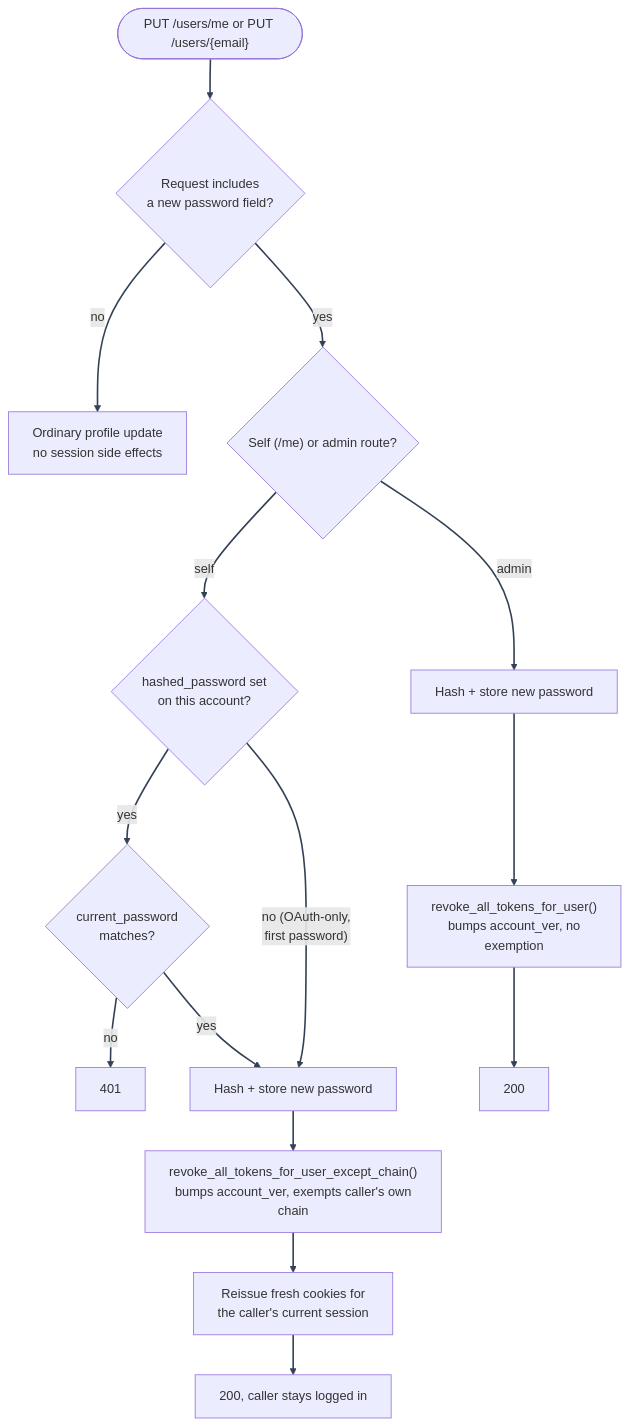
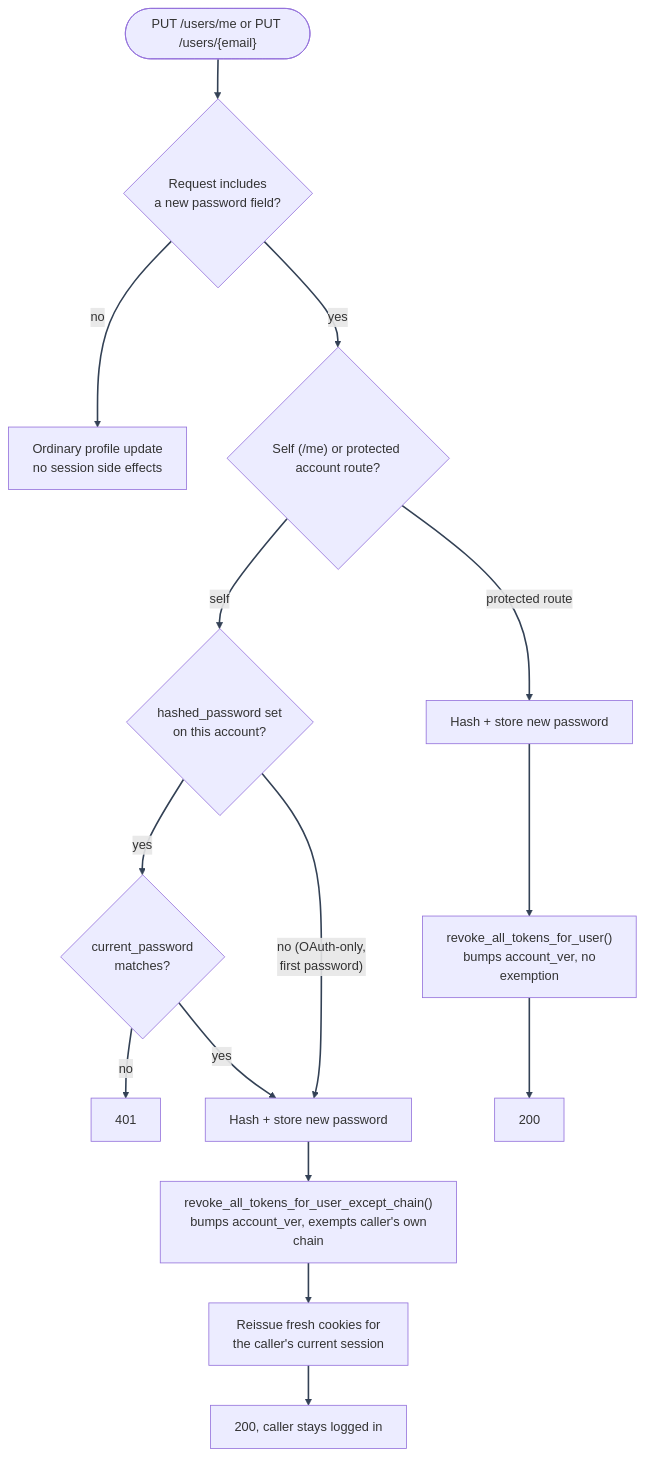
Before and after one commit to Nachiket-2024/mystic-auth: the second of 2 diagrams in docs/mystic_auth/authentication/password-reset.md, drawn with Mermaid. The commit also changed other lines of this file and 905 other files, not shown here.

````diff
--- a/docs/mystic_auth/authentication/password-reset.md
+++ b/docs/mystic_auth/authentication/password-reset.md
@@ -67,19 +67,19 @@
 ```mermaid
 %%{init: {"themeVariables": {"lineColor": "#334155"}} }%%
 flowchart TD
     Start(["PUT /users/me or PUT /users/{email}"]) --> HasPwField{"Request includes\n a new password field?"}
     HasPwField -- "no" --> Plain["Ordinary profile update\n no session side effects"]
-    HasPwField -- "yes" --> WhoAmI{"Self (/me) or admin route?"}
+    HasPwField -- "yes" --> WhoAmI{"Self (/me) or protected account route?"}
     WhoAmI -- "self" --> ReConfirm{"hashed_password set\n on this account?"}
     ReConfirm -- "yes" --> CheckCurrent{"current_password\n matches?"}
     CheckCurrent -- "no" --> Fail401["401"]
     CheckCurrent -- "yes" --> ChangeSelf
     ReConfirm -- "no (OAuth-only,\n first password)" --> ChangeSelf["Hash + store new password"]
     ChangeSelf --> RevokeSelf["revoke_all_tokens_for_user_except_chain()\n bumps account_ver, exempts caller's own chain"]
     RevokeSelf --> ReissueSelf["Reissue fresh cookies for\n the caller's current session"]
     ReissueSelf --> Done200Self["200, caller stays logged in"]
-    WhoAmI -- "admin" --> ChangeAdmin["Hash + store new password"]
+    WhoAmI -- "protected route" --> ChangeAdmin["Hash + store new password"]
     ChangeAdmin --> RevokeAdmin["revoke_all_tokens_for_user()\n bumps account_ver, no exemption"]
     RevokeAdmin --> Done200Admin["200"]
     linkStyle default stroke:#334155,stroke-width:2px
 ```
````
